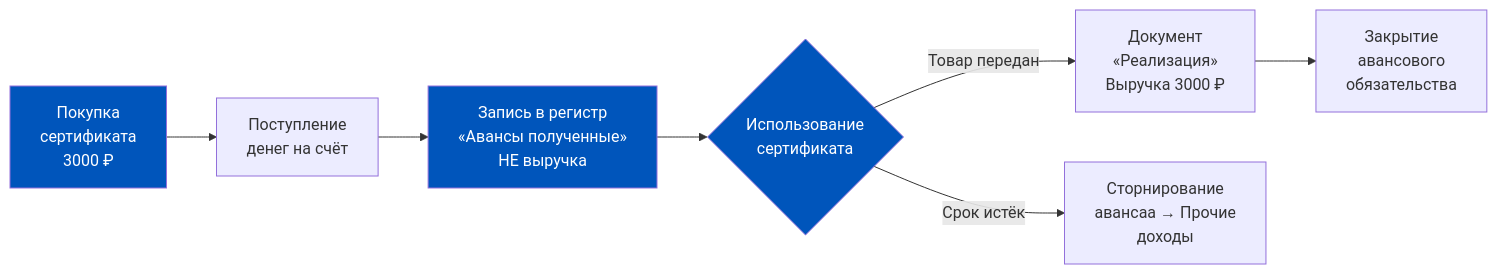
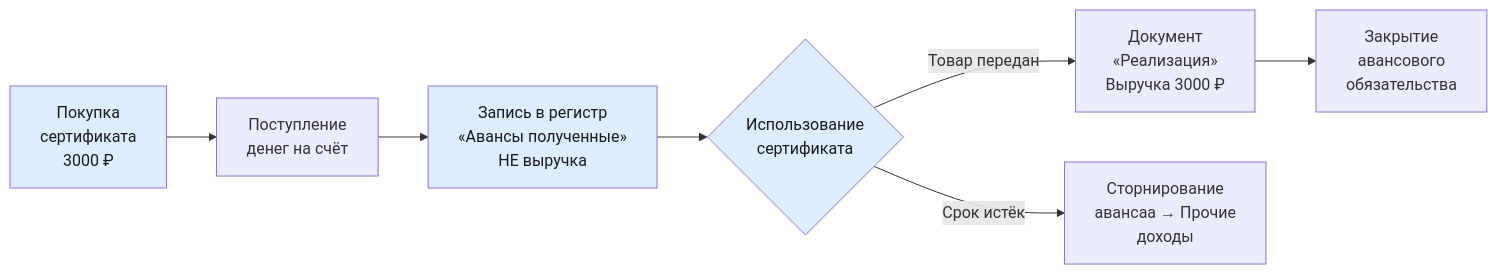
One commit to murad1986/1c-erp-quartz changed the fifth of 7 diagrams in content/1c-erp/week_8/Неделя 8 - День 4 - Эквайринг и чеки.md. Above: the diagram before and after it, drawn with Mermaid. The commit also changed other lines of this file and 57 other files, not shown here.

First line of the commit message:
fix: Mermaid — пастельные цвета в источниках диаграмм (56 файлов)

````diff
--- a/content/1c-erp/week_8/Неделя 8 - День 4 - Эквайринг и чеки.md
+++ b/content/1c-erp/week_8/Неделя 8 - День 4 - Эквайринг и чеки.md
@@ -388,13 +388,13 @@
 ```mermaid
 flowchart LR
     A[Покупка<br/>сертификата<br/>3000 ₽] --> B[Поступление<br/>денег на счёт]
     B --> C[Запись в регистр<br/>«Авансы полученные»<br/>НЕ выручка]
     C --> D{Использование<br/>сертификата}
     D -->|Товар передан| E[Документ<br/>«Реализация»<br/>Выручка 3000 ₽]
     D -->|Срок истёк| F[Сторнирование<br/>авансаа → Прочие<br/>доходы]
     E --> G[Закрытие<br/>авансового<br/>обязательства]
 
-    style A fill:#0055BB,color:#fff
-    style C fill:#0055BB,color:#fff
-    style D fill:#0055BB,color:#fff
+    style A fill:#dceeff,color:#1a1a1a
+    style C fill:#dceeff,color:#1a1a1a
+    style D fill:#dceeff,color:#1a1a1a
 ```
````
